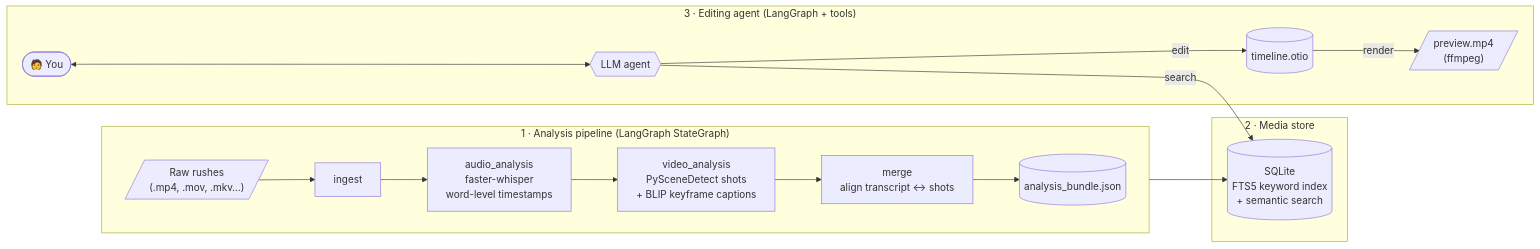
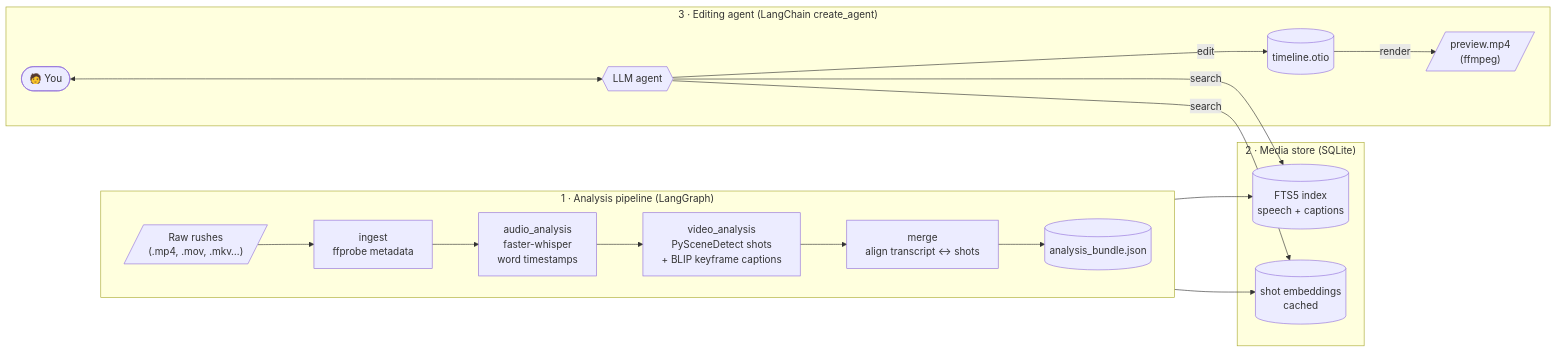
One commit to OdakK/video_editor_agent changed the diagram in README.md. Above: the diagram before and after it, drawn with Mermaid. The commit also changed other lines of this file and 44 other files, not shown here.

````diff
--- a/README.md
+++ b/README.md
@@ -17,22 +19,24 @@
 ```mermaid
 flowchart LR
-    subgraph A["1 · Analysis pipeline (LangGraph StateGraph)"]
+    subgraph A["1 · Analysis pipeline (LangGraph)"]
         direction LR
-        R[/"Raw rushes<br/>(.mp4, .mov, .mkv…)"/] --> I[ingest]
-        I --> AU["audio_analysis<br/>faster-whisper<br/>word-level timestamps"]
+        R[/"Raw rushes<br/>(.mp4, .mov, .mkv…)"/] --> I["ingest<br/>ffprobe metadata"]
+        I --> AU["audio_analysis<br/>faster-whisper<br/>word timestamps"]
         AU --> V["video_analysis<br/>PySceneDetect shots<br/>+ BLIP keyframe captions"]
         V --> M["merge<br/>align transcript ↔ shots"]
         M --> B[("analysis_bundle.json")]
     end
 
-    subgraph S["2 · Media store"]
-        B --> DB[("SQLite<br/>FTS5 keyword index<br/>+ semantic search")]
+    subgraph S["2 · Media store (SQLite)"]
+        B --> FTS[("FTS5 index<br/>speech + captions")]
+        B --> EMB[("shot embeddings<br/>cached")]
     end
 
-    subgraph G["3 · Editing agent (LangGraph + tools)"]
+    subgraph G["3 · Editing agent (LangChain create_agent)"]
         U(["🧑 You"]) <--> AG{{"LLM agent"}}
-        AG -- search --> DB
+        AG -- search --> FTS
+        AG -- search --> EMB
         AG -- edit --> T[("timeline.otio")]
         T -- render --> P[/"preview.mp4<br/>(ffmpeg)"/]
     end
 ```
````
